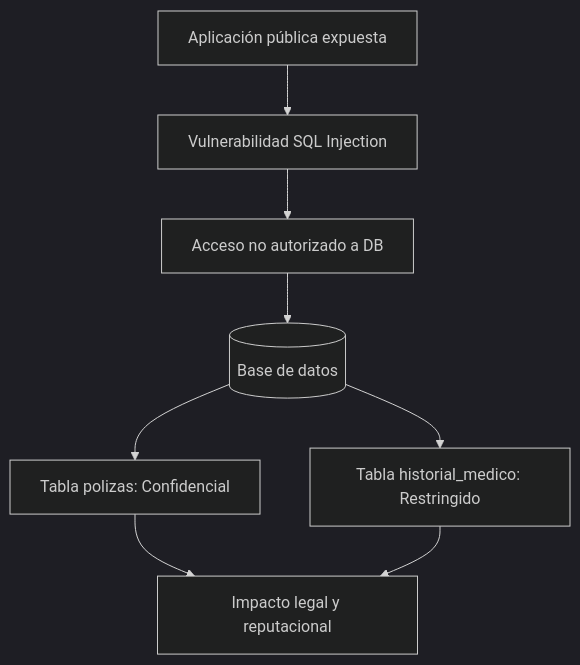
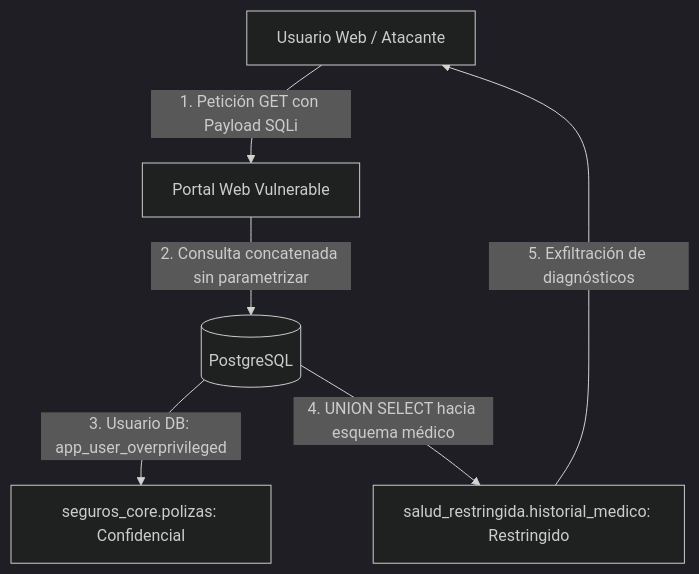
The diagram in docs/data-classification.md (SantiagoDandrea/data-protection-compliance), drawn with Mermaid (dark theme) before and after one commit. The commit also changed other lines of this file and 2 other files, not shown here.

Commit message:
feat(grc): expand MITRE ATT&CK matrix, architectural diagram, and design decisions

````diff
--- a/docs/data-classification.md
+++ b/docs/data-classification.md
@@ -143,10 +73,8 @@
 ```mermaid
 flowchart TD
-    A[Aplicación pública expuesta] --> B[Vulnerabilidad SQL Injection]
-    B --> C[Acceso no autorizado a DB]
-    C --> D[(Base de datos)]
-    D --> E[Tabla polizas: Confidencial]
-    D --> F[Tabla historial_medico: Restringido]
-    E --> G[Impacto legal y reputacional]
-    F --> G
+    A[Usuario Web / Atacante] -->|1. Petición GET con Payload SQLi| B[Portal Web Vulnerable]
+    B -->|2. Consulta concatenada sin parametrizar| C[(PostgreSQL)]
+    C -->|3. Usuario DB: app_user_overprivileged| D[seguros_core.polizas: Confidencial]
+    C -->|4. UNION SELECT hacia esquema médico| E[salud_restringida.historial_medico: Restringido]
+    E -->|5. Exfiltración de diagnósticos| A
 ```
````
